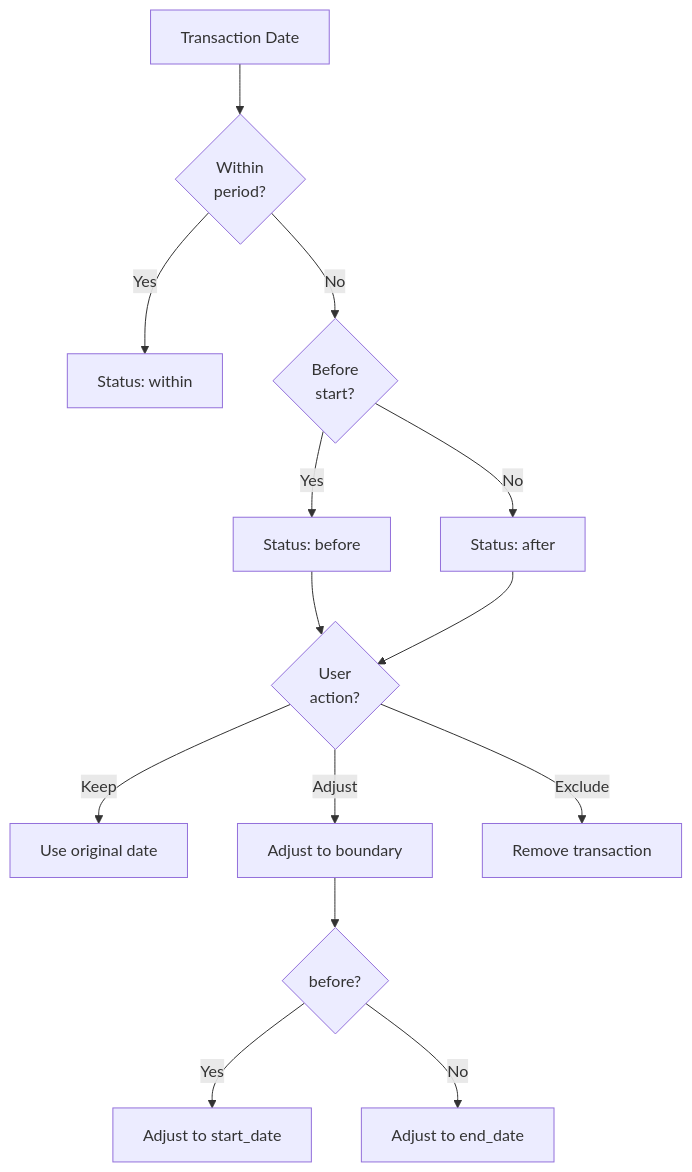
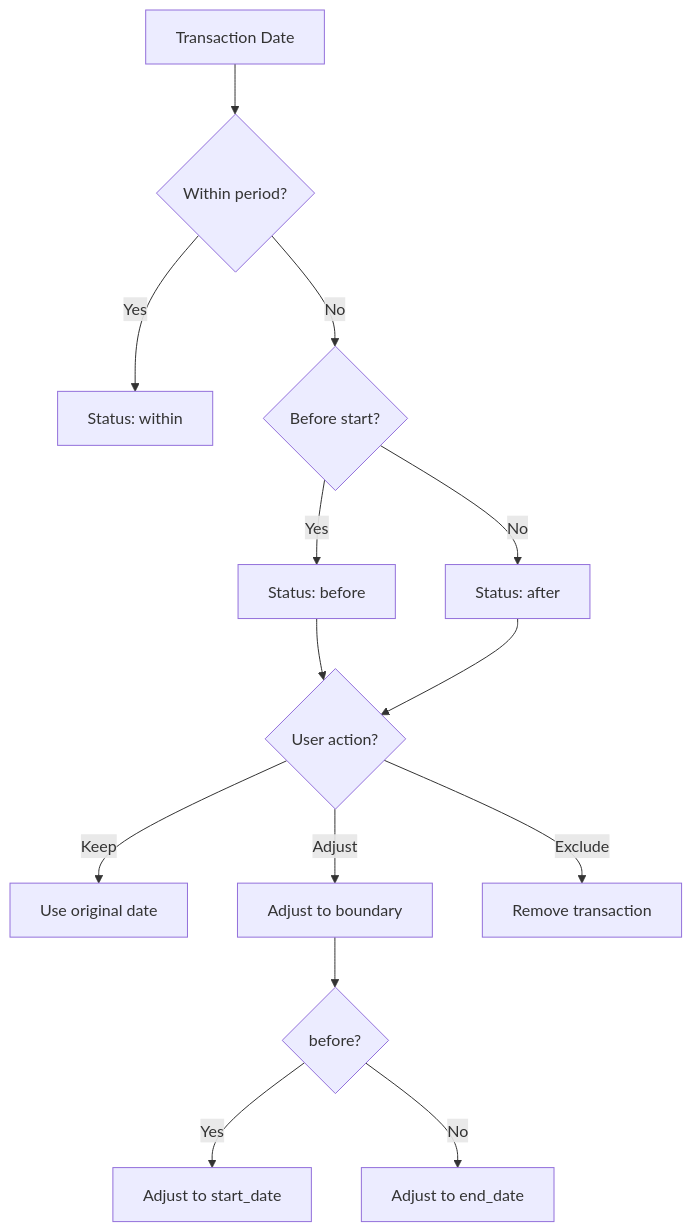
Before and after one commit to andrebarsotti/csv-to-ofx-converter: the third of 3 diagrams in docs/en/classes/DateValidator.md, drawn with Mermaid. The commit also changed 13 other files, not shown here.

Commit message:
fix: Remove unsupported br tags from Mermaid diagrams for GitHub rendering

````diff
--- a/docs/en/classes/DateValidator.md
+++ b/docs/en/classes/DateValidator.md
@@ -140,19 +140,19 @@
 ```mermaid
 flowchart TD
-    A[Transaction Date] --> B{Within<br/>period?}
+    A[Transaction Date] --> B{Within period?}
     B -->|Yes| C[Status: within]
-    B -->|No| D{Before<br/>start?}
+    B -->|No| D{Before start?}
     D -->|Yes| E[Status: before]
     D -->|No| F[Status: after]
     
-    E --> G{User<br/>action?}
+    E --> G{User action?}
     F --> G
     
     G -->|Keep| H[Use original date]
     G -->|Adjust| I[Adjust to boundary]
     G -->|Exclude| J[Remove transaction]
     
     I --> K{before?}
     K -->|Yes| L[Adjust to start_date]
     K -->|No| M[Adjust to end_date]
 ```
````
